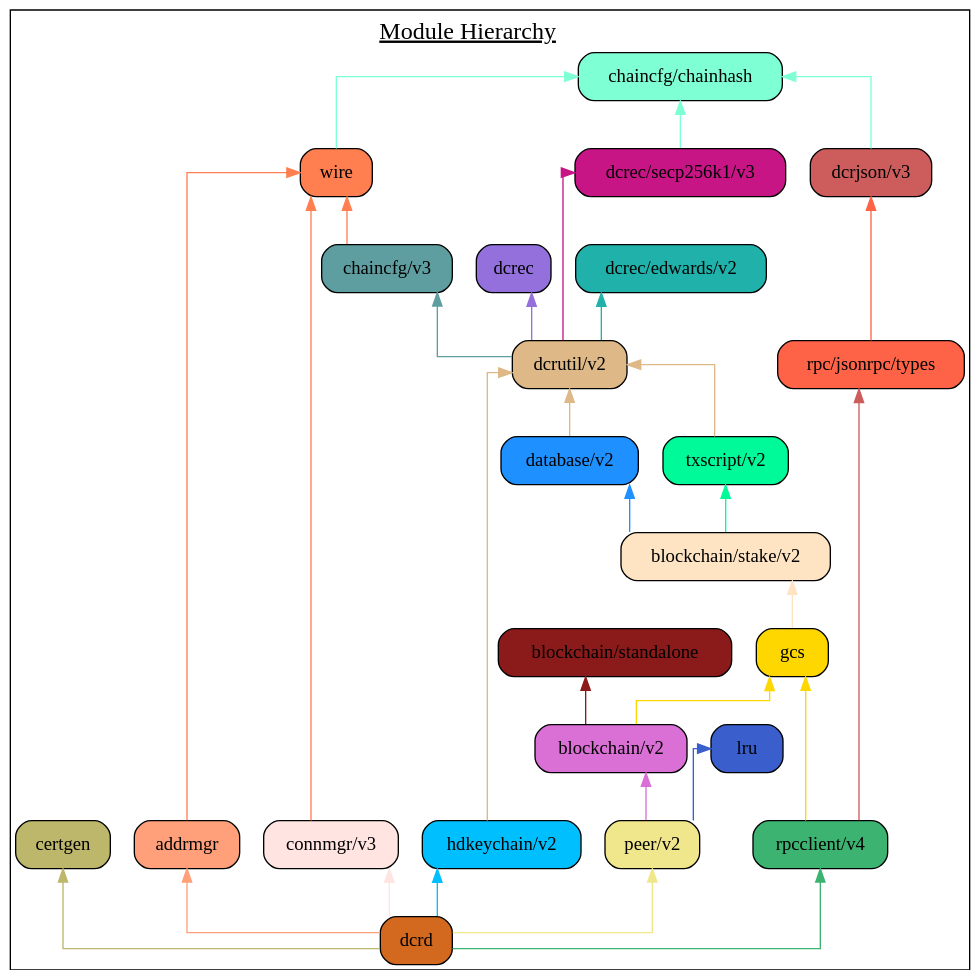
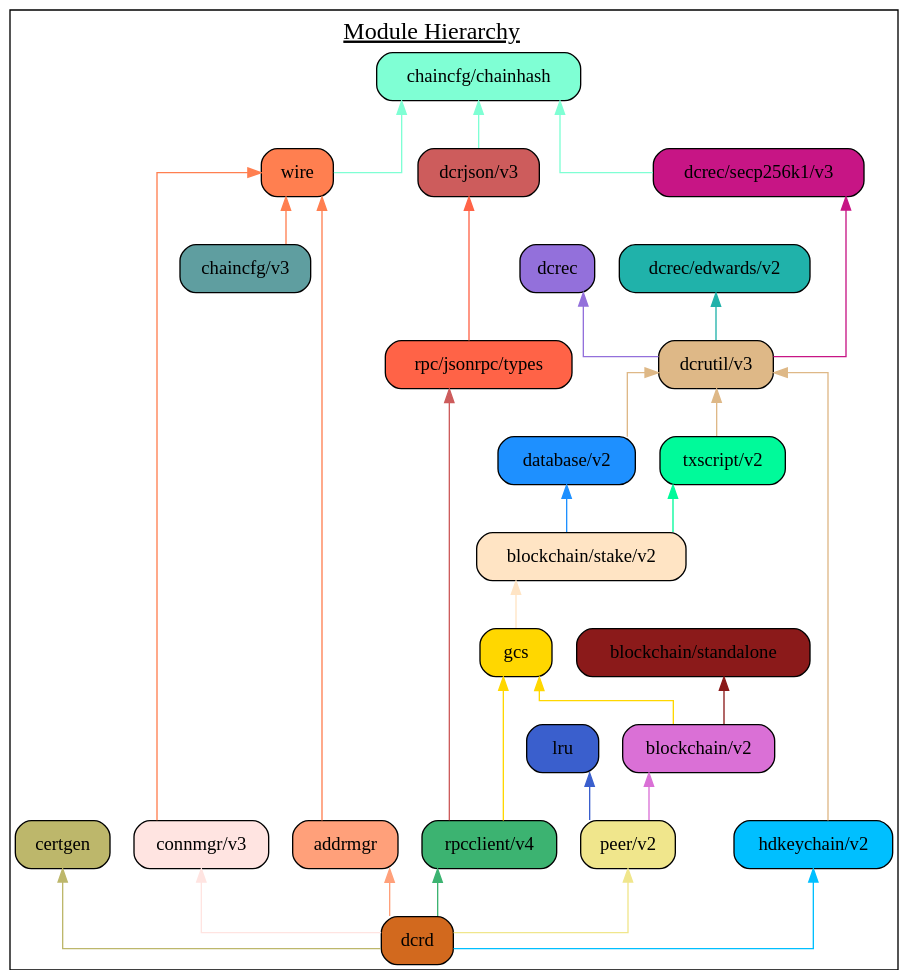
One commit to decred/dcrd changed the diagram in docs/assets/module_hierarchy.gv. Above: the diagram before and after it, drawn with Graphviz. The commit also changed 2 other files, not shown here.

Commit message:
docs: Update for dcrutil v3 module.
This updates the docs/README.md file, module hierarchy graphviz, and
module hierarchy diagram to reflect the new module version and the
removal of the chaincfg dependency.

```diff
--- a/docs/assets/module_hierarchy.gv
+++ b/docs/assets/module_hierarchy.gv
@@ -1,63 +1,64 @@
 digraph {
 	graph [splines=ortho colorscheme=svg label=<<u>Module Hierarchy</u>> labelloc=t fontsize=18.0]
 	node [shape=box style="filled, rounded"]
 
 	certgen [label="certgen" fillcolor=darkkhaki]
 	chainhash [label="chaincfg/chainhash" fillcolor=aquamarine]
 	dcrjson [label="dcrjson/v3" fillcolor=indianred]
 	types [label="rpc/jsonrpc/types" fillcolor=tomato]
 	wire [label="wire" fillcolor=coral]
 	addrmgr [label="addrmgr" fillcolor=lightsalmon]
 	chaincfg [label="chaincfg/v3" fillcolor=cadetblue]
 	connmgr [label="connmgr/v3" fillcolor=mistyrose]
 	dcrec [label="dcrec" fillcolor=mediumpurple]
 	edwards [label="dcrec/edwards/v2" fillcolor=lightseagreen]
 	secp256k1 [label="dcrec/secp256k1/v3" fillcolor=mediumvioletred]
-	dcrutil [label="dcrutil/v2" fillcolor=burlywood]
+	dcrutil [label="dcrutil/v3" fillcolor=burlywood]
 	database [label="database/v2" fillcolor=dodgerblue]
 	hdkeychain [label="hdkeychain/v2" fillcolor=deepskyblue]
 	txscript [label="txscript/v2" fillcolor=mediumspringgreen]
 	stake [label="blockchain/stake/v2" fillcolor=bisque]
 	standalone [label="blockchain/standalone" fillcolor=firebrick4]
 	gcs [label="gcs" fillcolor=gold]
 	blockchain [label="blockchain/v2" fillcolor=orchid]
 	lru  [label="lru" fillcolor=royalblue3]
 	peer [label="peer/v2" fillcolor=khaki]
 	rpcclient [label="rpcclient/v4" fillcolor=mediumseagreen]
 	dcrd [label="dcrd" fillcolor=chocolate]
 
+	{rank=same wire secp256k1 dcrjson}
+	{rank=same dcrec chaincfg edwards}
 	{rank=same connmgr addrmgr hdkeychain peer rpcclient}
 
 	certgen
 	chainhash -> dcrjson [dir=back color=aquamarine]
 	chainhash -> wire [dir=back color=aquamarine]
 	wire -> addrmgr [dir=back color=coral]
 	wire -> chaincfg [dir=back color=coral]
 	wire -> connmgr [dir=back color=coral]
 	chainhash -> secp256k1 [dir=back color=aquamarine]
-	chaincfg -> dcrutil [dir=back color=cadetblue]
 	dcrec -> dcrutil [dir=back color=mediumpurple]
 	edwards ->  dcrutil [dir=back color=lightseagreen]
 	secp256k1 ->  dcrutil [dir=back color=mediumvioletred]
 	dcrutil -> database [dir=back color=burlywood]
 	dcrutil -> hdkeychain [dir=back color=burlywood]
 	dcrutil -> txscript [dir=back color=burlywood]
 	database ->  stake [dir=back color=dodgerblue]
 	txscript -> stake [dir=back color=mediumspringgreen]
 	stake -> gcs [dir=back color=bisque]
 	standalone -> blockchain [dir=back color=firebrick4]
 	gcs -> blockchain [dir=back color=gold]
 	gcs -> rpcclient [dir=back color=gold]
 
 	lru -> peer [dir=back color=royalblue3]
 	blockchain -> peer [dir=back color=orchid]
 	dcrjson -> types [dir=back color=tomato]
 	types -> rpcclient [dir=back color=indianred]
 
 	certgen -> dcrd [dir=back color=darkkhaki]
 	addrmgr -> dcrd [dir=back color=lightsalmon]
 	hdkeychain -> dcrd [dir=back color=deepskyblue]
 	connmgr -> dcrd [dir=back color=mistyrose]
 	rpcclient -> dcrd [dir=back color=mediumseagreen]
 	peer -> dcrd [dir=back color=khaki]
 }
```
